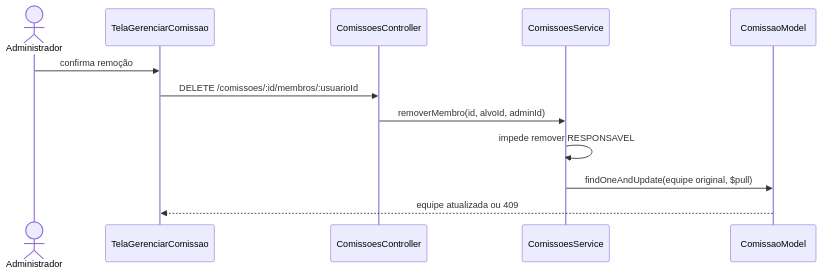
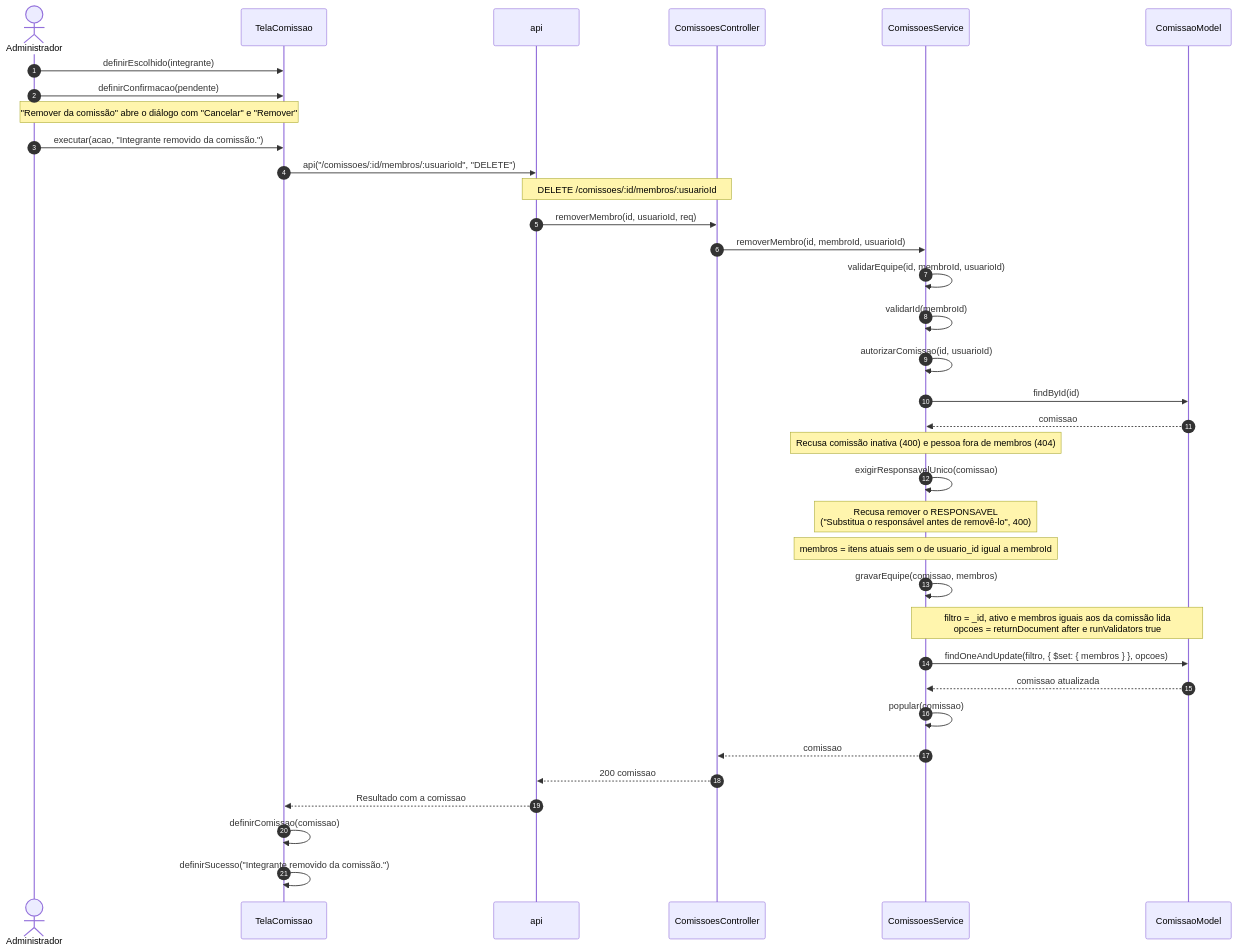
One commit to Conecta-IFSP/DOCUMENTATION changed the ninth of 9 diagrams in 2 - Incremento1/cadastro-comissao/6 - diagramas-sequencia-cadastro-comissao.md. Above: the diagram before and after it, drawn with Mermaid. The commit also changed other lines of this file and 54 other files, not shown here.

````diff
--- a/2 - Incremento1/cadastro-comissao/6 - diagramas-sequencia-cadastro-comissao.md
+++ b/2 - Incremento1/cadastro-comissao/6 - diagramas-sequencia-cadastro-comissao.md
@@ -150,14 +410,37 @@
 ```mermaid
 sequenceDiagram
-    actor A as Administrador
-    participant T as TelaGerenciarComissao
+    autonumber
+    actor U as Administrador
+    participant T as TelaComissao
+    participant A as api
     participant C as ComissoesController
     participant S as ComissoesService
     participant M as ComissaoModel
-    A->>T: confirma remoção
-    T->>C: DELETE /comissoes/:id/membros/:usuarioId
-    C->>S: removerMembro(id, alvoId, adminId)
-    S->>S: impede remover RESPONSAVEL
-    S->>M: findOneAndUpdate(equipe original, $pull)
-    M-->>T: equipe atualizada ou 409
+    U->>T: definirEscolhido(integrante)
+    U->>T: definirConfirmacao(pendente)
+    Note over U,T: "Remover da comissão" abre o diálogo com "Cancelar" e "Remover"
+    U->>T: executar(acao, "Integrante removido da comissão.")
+    T->>A: api("/comissoes/:id/membros/:usuarioId", "DELETE")
+    Note over A,C: DELETE /comissoes/:id/membros/:usuarioId
+    A->>C: removerMembro(id, usuarioId, req)
+    C->>S: removerMembro(id, membroId, usuarioId)
+    S->>S: validarEquipe(id, membroId, usuarioId)
+    S->>S: validarId(membroId)
+    S->>S: autorizarComissao(id, usuarioId)
+    S->>M: findById(id)
+    M-->>S: comissao
+    Note over S: Recusa comissão inativa (400) e pessoa fora de membros (404)
+    S->>S: exigirResponsavelUnico(comissao)
+    Note over S: Recusa remover o RESPONSAVEL<br/>("Substitua o responsável antes de removê-lo", 400)
+    Note over S: membros = itens atuais sem o de usuario_id igual a membroId
+    S->>S: gravarEquipe(comissao, membros)
+    Note over S,M: filtro = _id, ativo e membros iguais aos da comissão lida<br/>opcoes = returnDocument after e runValidators true
+    S->>M: findOneAndUpdate(filtro, { $set: { membros } }, opcoes)
+    M-->>S: comissao atualizada
+    S->>S: popular(comissao)
+    S-->>C: comissao
+    C-->>A: 200 comissao
+    A-->>T: Resultado com a comissao
+    T->>T: definirComissao(comissao)
+    T->>T: definirSucesso("Integrante removido da comissão.")
 ```
````
